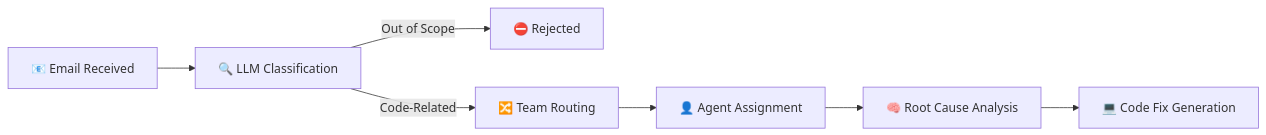
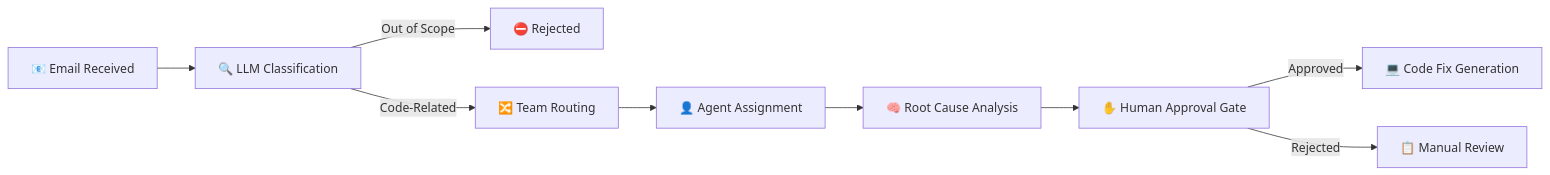
One commit to GabrieleTronchin/AiSupportWorkflow changed the second of 2 diagrams in README.md. Above: the diagram before and after it, drawn with Mermaid. The commit also changed other lines of this file and 1 other file, not shown here.

Commit message:
docs: update tasks.md with completed migration status

````diff
--- a/README.md
+++ b/README.md
@@ -65,9 +66,11 @@
 ```mermaid
 flowchart LR
     E[📧 Email Received] --> C[🔍 LLM Classification]
     C -->|Out of Scope| OOS[⛔ Rejected]
     C -->|Code-Related| TR[🔀 Team Routing]
     TR --> AS[👤 Agent Assignment]
     AS --> R[🧠 Root Cause Analysis]
-    R --> CG[💻 Code Fix Generation]
+    R --> HA[✋ Human Approval Gate]
+    HA -->|Approved| CG[💻 Code Fix Generation]
+    HA -->|Rejected| MR[📋 Manual Review]
 ```
````
